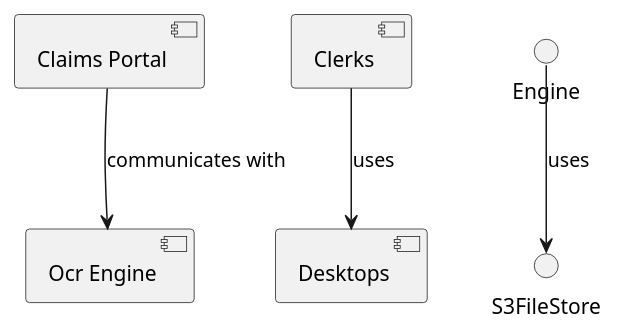
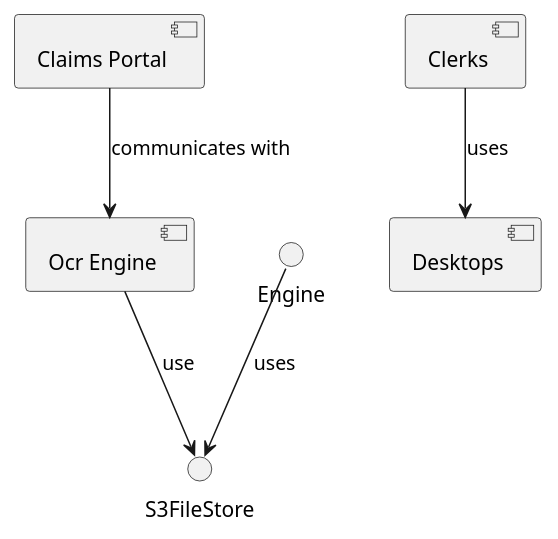
The diagram in user_stories/output_puml/component/component_Structural_Case_19.puml (qamaruddin-qureshi/fyp-uml-diagram-generator), drawn with PlantUML before and after one commit. The commit also changed 22 other files, not shown here.

First line of the commit message:
feat: Enhance component diagram extraction with robust NLP and model optimization

```diff
--- a/user_stories/output_puml/component/component_Structural_Case_19.puml
+++ b/user_stories/output_puml/component/component_Structural_Case_19.puml
@@ -1,10 +1,11 @@
 @startuml
 skinparam componentStyle uml2
 component "Claims Portal" as ClaimsPortal
 component "Ocr Engine" as OcrEngine
 component "Desktops" as Desktops
 component "Clerks" as Clerks
 ClaimsPortal --> OcrEngine : communicates with
 Engine --> S3FileStore : uses
 Clerks --> Desktops : uses
+OcrEngine --> S3FileStore : use
 @enduml
```
